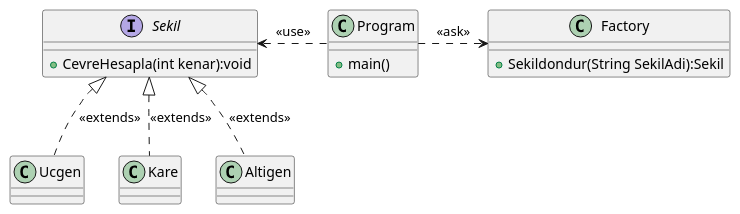
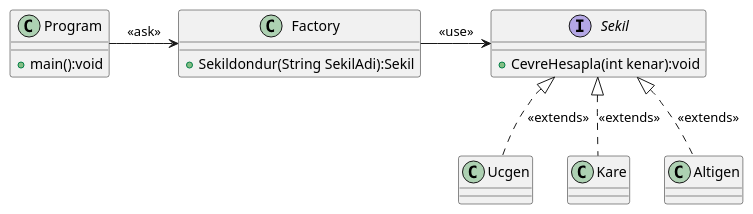
One commit to alperclk/Software-Design-Pattern changed the diagram in SingletonVeFactory/Factory_Pattern/FactoryPattern.adoc. Above: the diagram before and after it, drawn with PlantUML. The commit also changed 2 other files, not shown here.

```diff
--- a/SingletonVeFactory/Factory_Pattern/FactoryPattern.adoc
+++ b/SingletonVeFactory/Factory_Pattern/FactoryPattern.adoc
@@ -3,34 +3,35 @@
 [plantuml,Factory,png]
 ----
 Interface Sekil
 {
  +CevreHesapla(int kenar):void
 }
 
 class Ucgen
 {
 }
 
 class Kare
 {
 }
 
 class Altigen
 {
 }
 
 class Factory
 {
 +Sekildondur(String SekilAdi):Sekil
 }
 class Program
 {
-+main()
++main():void
 }
 
-Program .> Factory :<<ask>>
-Sekil <. Program :<<use>>
+Program -> Factory :<<ask>>
+Factory -> Sekil :<<use>>
+
 Sekil <|.. Ucgen : <<extends>>
 Sekil <|.. Kare : <<extends>>
 Sekil <|.. Altigen : <<extends>>
 ----
```
